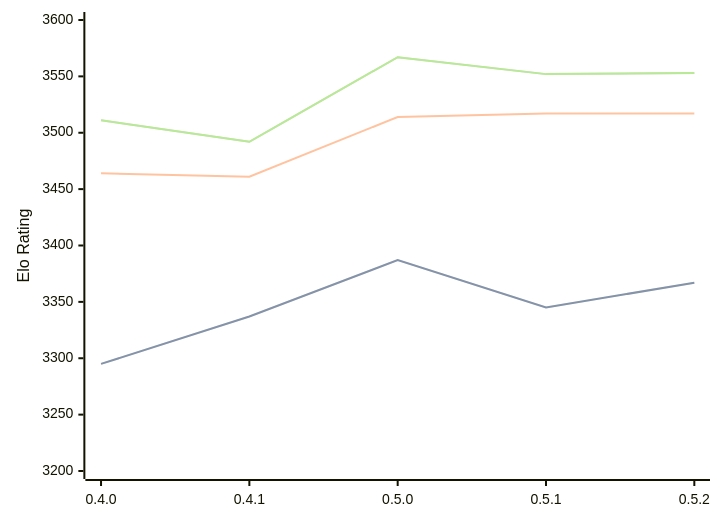
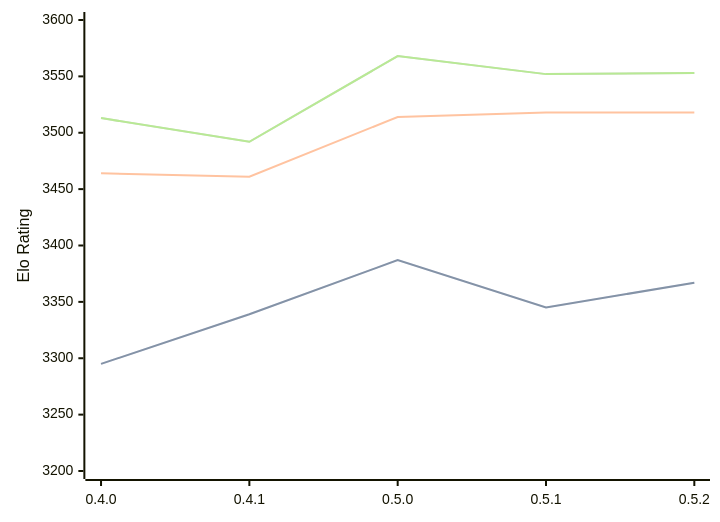
One commit to computer-chess-index/cci changed the first of 3 diagrams in engines/Cinder.md. Above: the diagram before and after it, drawn with Mermaid. The commit also changed other lines of this file, not shown here.

Commit message:
Update CCI Ratings (ELO VLTC) - 2026-07-17

````diff
--- a/engines/Cinder.md
+++ b/engines/Cinder.md
@@ -43,11 +43,11 @@
 ```mermaid
 %%{init: {"theme":"base","themeVariables":{"seriesColors:['#a3a3a3','#222221','#faa371']}}}%%
 xychart-beta
   x-axis ["0.4.0", "0.4.1", "0.5.0", "0.5.1", "0.5.2"]
   y-axis "Elo Rating" 3200 --> 3600
-  line "STC (8.0+0.08s)" [3295, 3337, 3387, 3345, 3367]
-  line "STC (8.0+0.08s)" [3295, 3337, 3387, 3345, 3367]
-  line "LTC (60.0+0.60s)" [3464, 3461, 3514, 3517, 3517]
-  line "VLTC (2m24s+1.12s)" [3511, 3492, 3567, 3552, 3553]
-  line "VLTC (2m24s+1.12s)" [3511, 3492, 3567, 3552, 3553]
+  line "STC (8.0+0.08s)" [3295, 3339, 3387, 3345, 3367]
+  line "STC (8.0+0.08s)" [3295, 3339, 3387, 3345, 3367]
+  line "LTC (60.0+0.60s)" [3464, 3461, 3514, 3518, 3518]
+  line "VLTC (2m24s+1.12s)" [3513, 3492, 3568, 3552, 3553]
+  line "VLTC (2m24s+1.12s)" [3513, 3492, 3568, 3552, 3553]
 ```
````
